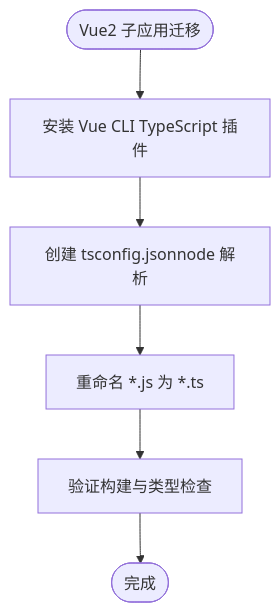
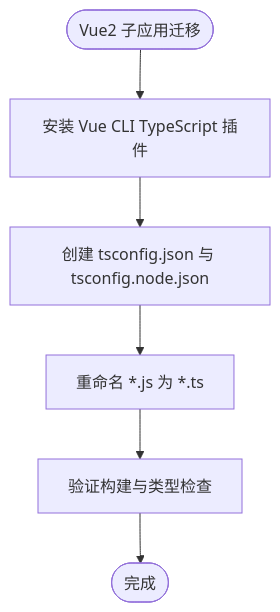
The fourth of 6 diagrams in .qoder/repowiki/zh/content/高级主题/TypeScript 支持.md (my-Sitara/artisan-base-frontend), drawn with Mermaid before and after one commit. The commit also changed other lines of this file and 35 other files, not shown here.

````diff
--- a/.qoder/repowiki/zh/content/高级主题/TypeScript 支持.md
+++ b/.qoder/repowiki/zh/content/高级主题/TypeScript 支持.md
@@ -149,8 +182,8 @@
 ```mermaid
 flowchart TD
 V2Start(["Vue2 子应用迁移"]) --> V2Install["安装 Vue CLI TypeScript 插件"]
-V2Install --> V2TSC["创建 tsconfig.jsonnode 解析"]
+V2Install --> V2TSC["创建 tsconfig.json 与 tsconfig.node.json"]
 V2TSC --> V2Rename["重命名 *.js 为 *.ts"]
 V2Rename --> V2Verify["验证构建与类型检查"]
 V2Verify --> V2End(["完成"])
 ```
````
